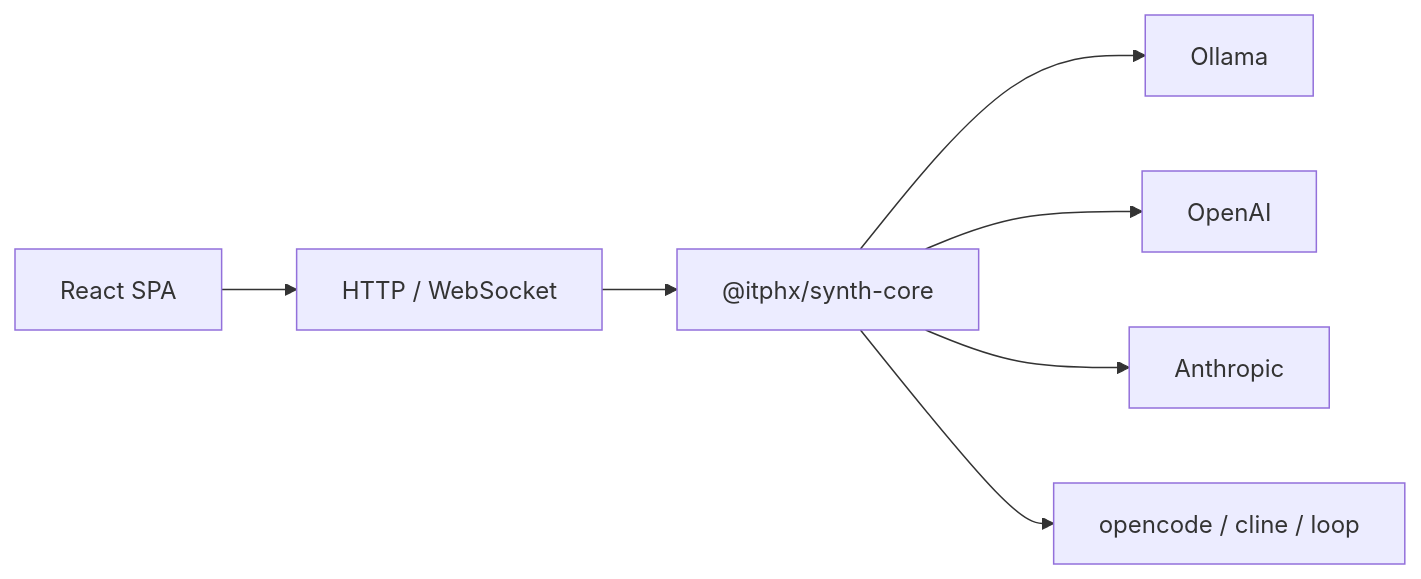
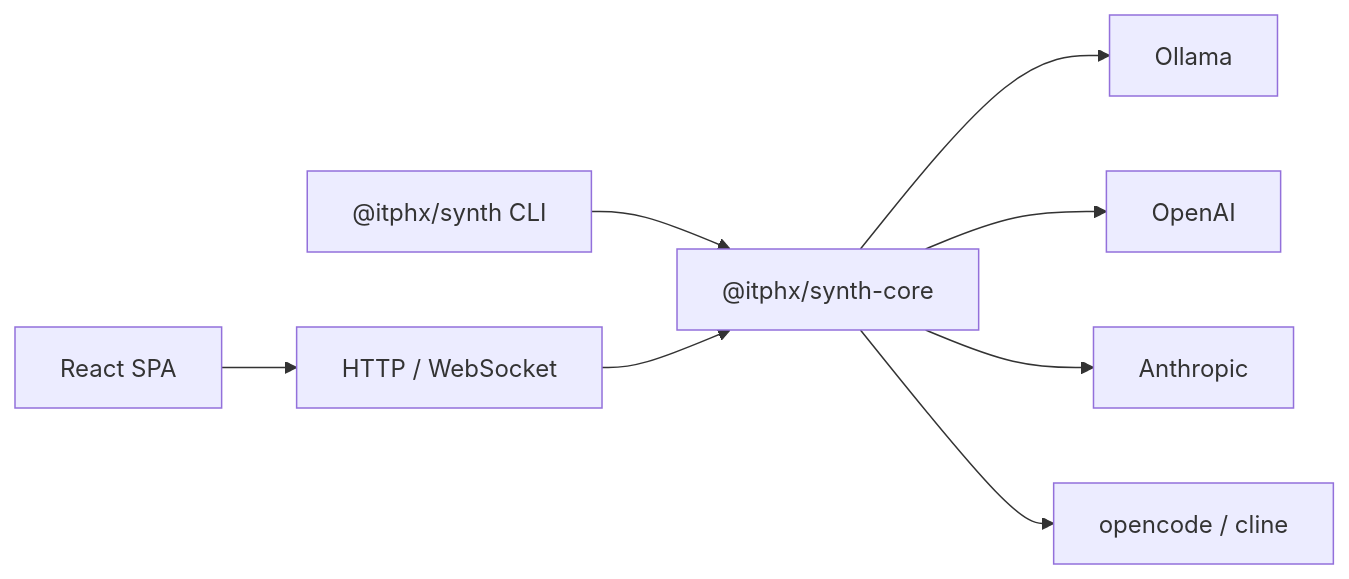
One commit to itphx/synth changed the diagram in README.md. Above: the diagram before and after it, drawn with Mermaid. The commit also changed other lines of this file and 7 other files, not shown here.

````diff
--- a/README.md
+++ b/README.md
@@ -14,9 +14,10 @@
 ```mermaid
 flowchart LR
+    CLI["@itphx/synth CLI"] --> Core["@itphx/synth-core"]
     UI["React SPA"] --> API["HTTP / WebSocket"]
-    API --> Core["@itphx/synth-core"]
+    API --> Core
     Core --> Ollama["Ollama"]
     Core --> OpenAI["OpenAI"]
     Core --> Anthropic["Anthropic"]
-    Core --> Runners["opencode / cline / loop"]
+    Core --> Runners["opencode / cline"]
 ```
````
